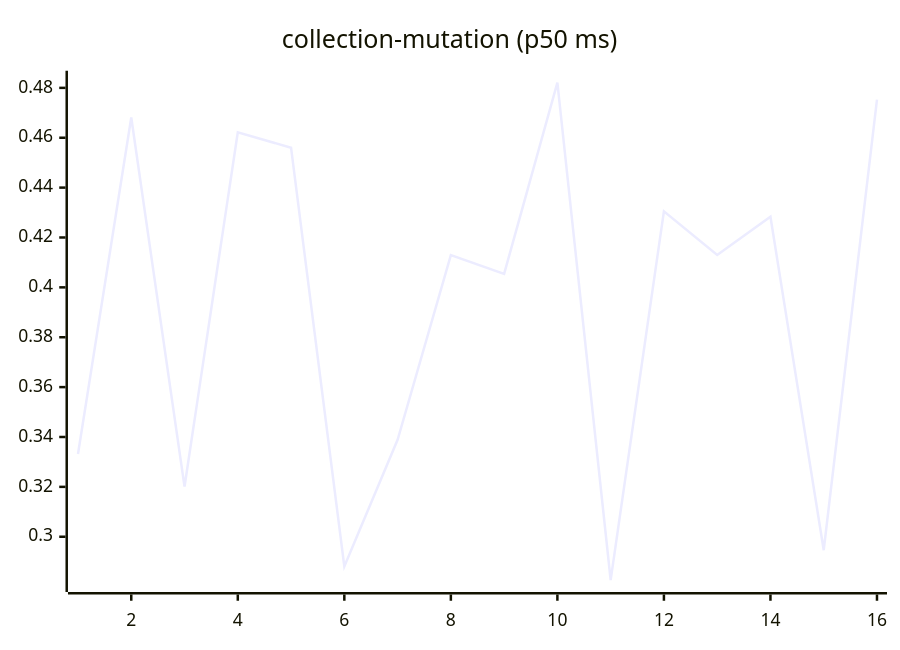
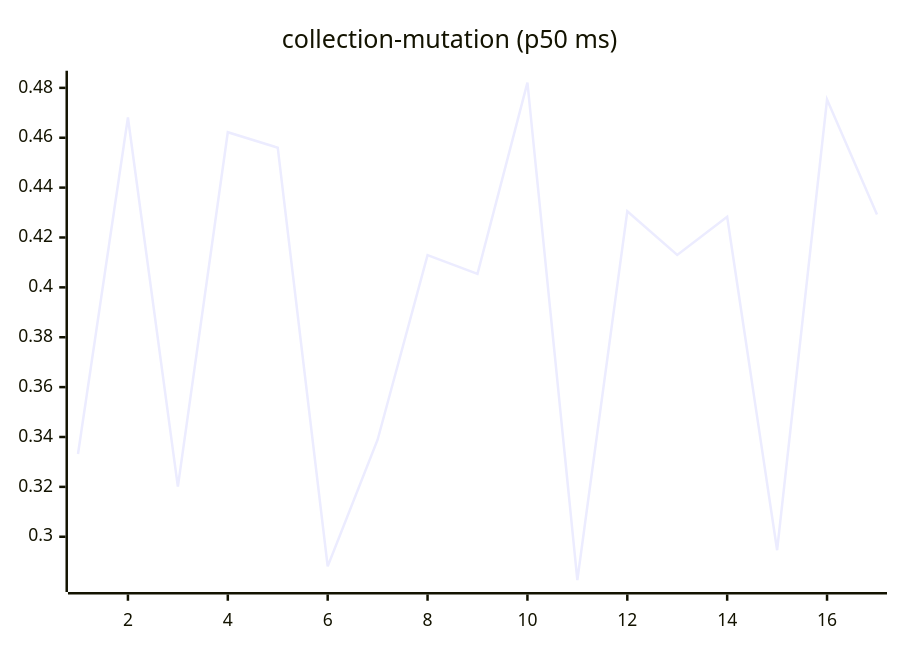
One commit to josha/Facet changed the sixth of 27 diagrams in README.md. Above: the diagram before and after it, drawn with Mermaid. The commit also changed other lines of this file and 2 other files, not shown here.

````diff
--- a/README.md
+++ b/README.md
@@ -98,6 +98,6 @@
 ```mermaid
 xychart-beta
     title "collection-mutation (p50 ms)"
-    x-axis 1 --> 16
-    line [0.3332, 0.4681, 0.3201, 0.4622, 0.4560, 0.2881, 0.3389, 0.4129, 0.4054, 0.4821, 0.2826, 0.4305, 0.4130, 0.4283, 0.2946, 0.4753]
+    x-axis 1 --> 17
+    line [0.3332, 0.4681, 0.3201, 0.4622, 0.4560, 0.2881, 0.3389, 0.4129, 0.4054, 0.4821, 0.2826, 0.4305, 0.4130, 0.4283, 0.2946, 0.4753, 0.4292]
 ```
````
